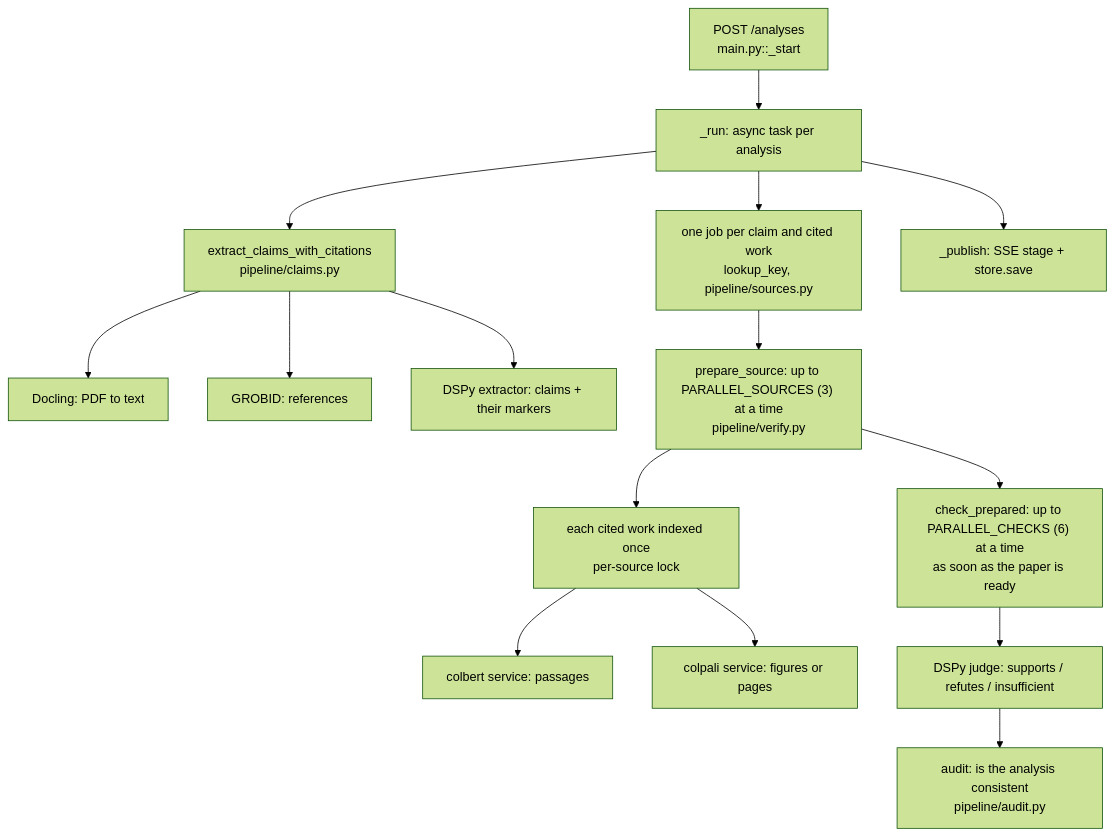
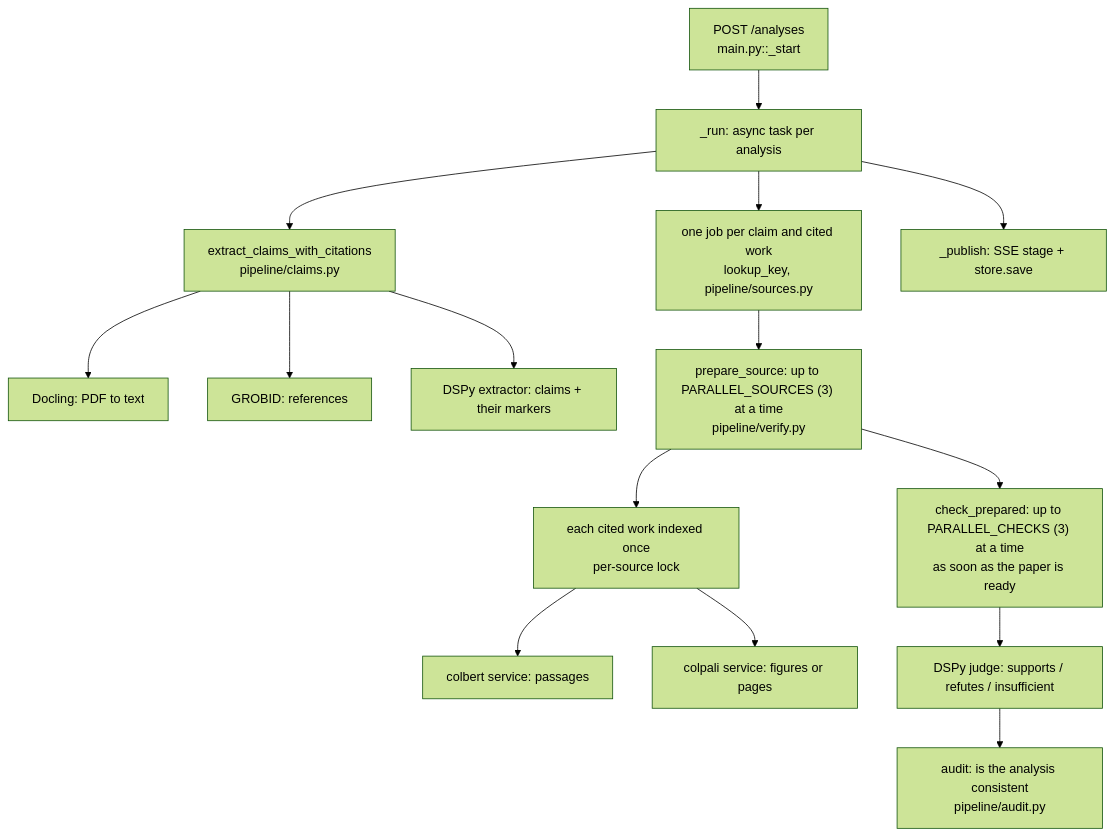
One commit to ZenithGeeks/SecretSource-prototype changed the first of 4 diagrams in ARCHITECTURE.md. Above: the diagram before and after it, drawn with Mermaid (forest theme). The commit also changed other lines of this file and 8 other files, not shown here.

First line of the commit message:
refactor(SCRUM-169): prepare each cited paper once, then judge claims as papers become ready

````diff
--- a/ARCHITECTURE.md
+++ b/ARCHITECTURE.md
@@ -29,17 +29,17 @@
 ```mermaid
 flowchart TD
     POST["POST /analyses<br/>main.py::_start"] --> RUN["_run: async task per analysis"]
     RUN --> EXTRACT["extract_claims_with_citations<br/>pipeline/claims.py"]
     EXTRACT --> DOCLING["Docling: PDF to text"]
     EXTRACT --> GROBID["GROBID: references"]
     EXTRACT --> DSPY1["DSPy extractor: claims + their markers"]
     RUN --> JOBS["one job per claim and cited work<br/>lookup_key, pipeline/sources.py"]
     JOBS --> PREPARE["prepare_source: up to PARALLEL_SOURCES (3) at a time<br/>pipeline/verify.py"]
     PREPARE --> INDEX["each cited work indexed once<br/>per-source lock"]
     INDEX --> COLBERT["colbert service: passages"]
     INDEX --> COLPALI["colpali service: figures or pages"]
-    PREPARE --> CHECK["check_prepared: up to PARALLEL_CHECKS (6) at a time<br/>as soon as the paper is ready"]
+    PREPARE --> CHECK["check_prepared: up to PARALLEL_CHECKS (3) at a time<br/>as soon as the paper is ready"]
     CHECK --> JUDGE["DSPy judge: supports / refutes / insufficient"]
     JUDGE --> AUDIT["audit: is the analysis consistent<br/>pipeline/audit.py"]
     RUN --> PUBLISH["_publish: SSE stage + store.save"]
 ```
````
